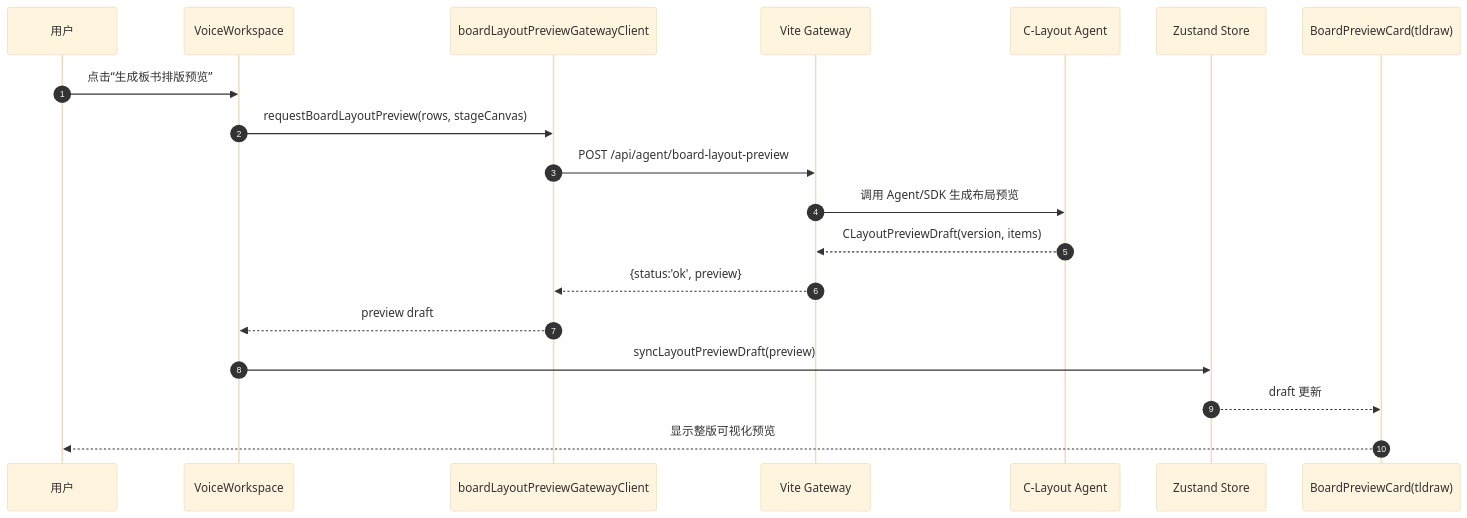
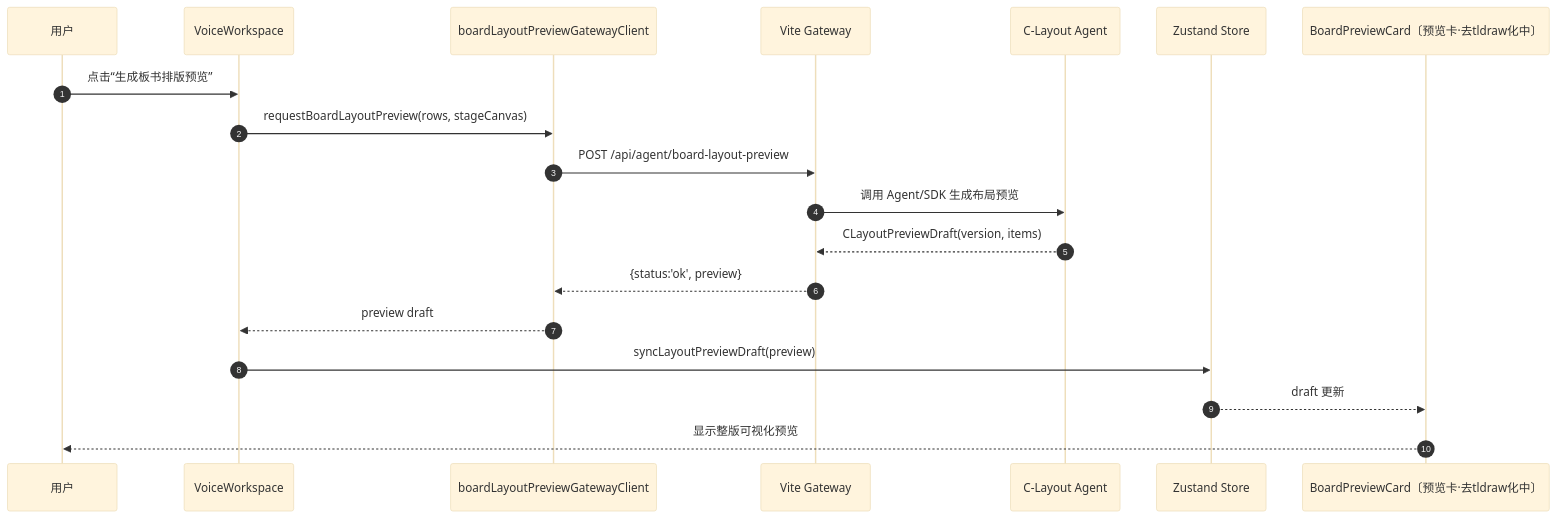
One commit to 4xiaxia/video-d changed the second of 4 diagrams in 落地项目开发说明明细文档-代码直敲版.md. Above: the diagram before and after it, drawn with Mermaid (base theme). The commit also changed other lines of this file and 111 other files, not shown here.

````diff
--- a/落地项目开发说明明细文档-代码直敲版.md
+++ b/落地项目开发说明明细文档-代码直敲版.md
@@ -674,22 +678,22 @@
 ```mermaid
 sequenceDiagram
     autonumber
     participant U as 用户
     participant VW as VoiceWorkspace
     participant SVC as boardLayoutPreviewGatewayClient
     participant GW as Vite Gateway
     participant AG as C-Layout Agent
     participant ST as Zustand Store
-    participant BP as BoardPreviewCard(tldraw)
+    participant BP as BoardPreviewCard〔预览卡·去tldraw化中〕
 
     U->>VW: 点击“生成板书排版预览”
     VW->>SVC: requestBoardLayoutPreview(rows, stageCanvas)
     SVC->>GW: POST /api/agent/board-layout-preview
     GW->>AG: 调用 Agent/SDK 生成布局预览
     AG-->>GW: CLayoutPreviewDraft(version, items)
     GW-->>SVC: {status:'ok', preview}
     SVC-->>VW: preview draft
     VW->>ST: syncLayoutPreviewDraft(preview)
     ST-->>BP: draft 更新
     BP-->>U: 显示整版可视化预览
 ```
````
